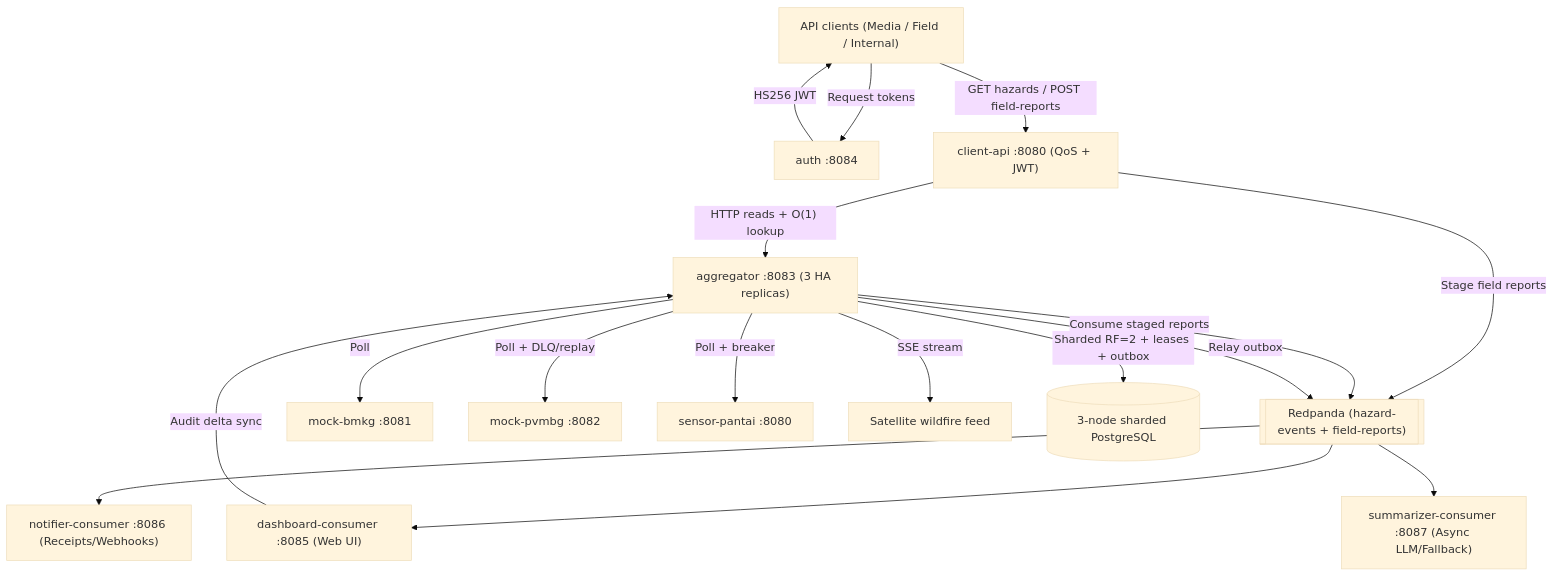
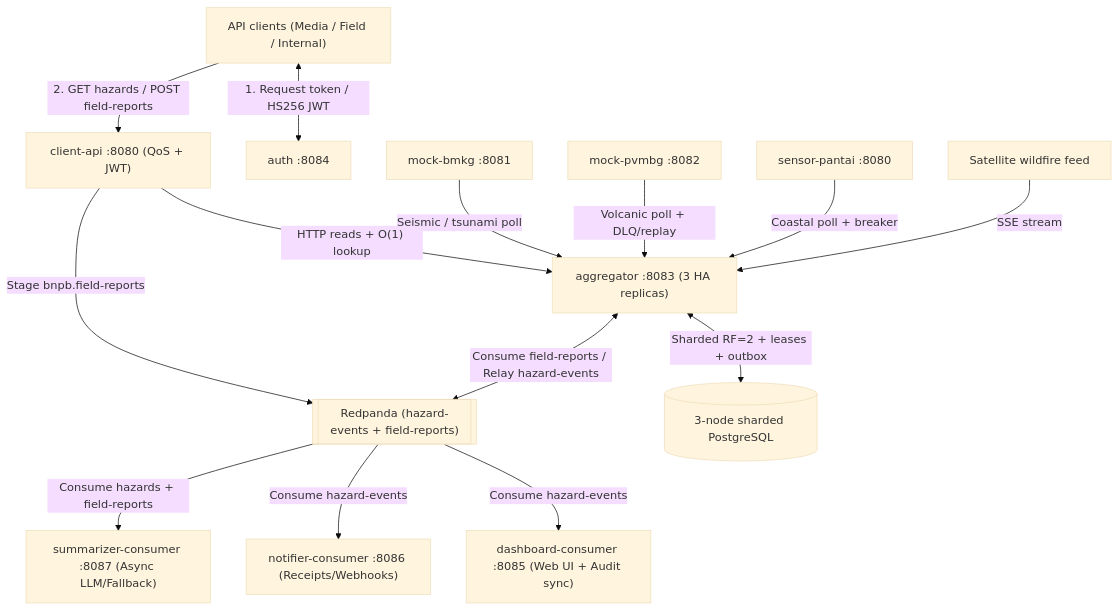
Before and after one commit to Darsua/AAT: the diagram in docs/diagrams/architecture.en.mmd, drawn with Mermaid (base theme). The commit also changed 1 other file, not shown here.

Commit message:
docs(diagrams): align root architecture diagram to strict top-down DAG flow

```diff
--- a/docs/diagrams/architecture.en.mmd
+++ b/docs/diagrams/architecture.en.mmd
@@ -1,17 +1,17 @@
 flowchart TD
-    CLIENT["API clients (Media / Field / Internal)"] -->|"Request tokens"| AUTH["auth :8084"]
-    AUTH -->|"HS256 JWT"| CLIENT
-    CLIENT -->|"GET hazards / POST field-reports"| API["client-api :8080 (QoS + JWT)"]
-    API -->|"HTTP reads + O(1) lookup"| AGG["aggregator :8083 (3 HA replicas)"]
-    API -->|"Stage field reports"| BUS[["Redpanda (hazard-events + field-reports)"]]
-    AGG -->|"Consume staged reports"| BUS
-    AGG -->|"Poll"| BMKG["mock-bmkg :8081"]
-    AGG -->|"Poll + DLQ/replay"| PVMBG["mock-pvmbg :8082"]
-    AGG -->|"Poll + breaker"| COASTAL["sensor-pantai :8080"]
-    AGG -->|"SSE stream"| SAT["Satellite wildfire feed"]
-    AGG -->|"Sharded RF=2 + leases + outbox"| DB[("3-node sharded PostgreSQL")]
-    AGG -->|"Relay outbox"| BUS
-    BUS --> DASH["dashboard-consumer :8085 (Web UI)"]
-    DASH -->|"Audit delta sync"| AGG
-    BUS --> NOTIFY["notifier-consumer :8086 (Receipts/Webhooks)"]
-    BUS --> SUM["summarizer-consumer :8087 (Async LLM/Fallback)"]
+    CLIENT["API clients (Media / Field / Internal)"] <-->|"1. Request token / HS256 JWT"| AUTH["auth :8084"]
+    CLIENT -->|"2. GET hazards / POST field-reports"| API["client-api :8080 (QoS + JWT)"]
+
+    BMKG["mock-bmkg :8081"] -->|"Seismic / tsunami poll"| AGG["aggregator :8083 (3 HA replicas)"]
+    PVMBG["mock-pvmbg :8082"] -->|"Volcanic poll + DLQ/replay"| AGG
+    COASTAL["sensor-pantai :8080"] -->|"Coastal poll + breaker"| AGG
+    SAT["Satellite wildfire feed"] -->|"SSE stream"| AGG
+
+    API -->|"HTTP reads + O(1) lookup"| AGG
+    API -->|"Stage bnpb.field-reports"| BUS[["Redpanda (hazard-events + field-reports)"]]
+    AGG <-->|"Sharded RF=2 + leases + outbox"| DB[("3-node sharded PostgreSQL")]
+    AGG <-->|"Consume field-reports / Relay hazard-events"| BUS
+
+    BUS -->|"Consume hazard-events"| DASH["dashboard-consumer :8085 (Web UI + Audit sync)"]
+    BUS -->|"Consume hazard-events"| NOTIFY["notifier-consumer :8086 (Receipts/Webhooks)"]
+    BUS -->|"Consume hazards + field-reports"| SUM["summarizer-consumer :8087 (Async LLM/Fallback)"]
```
